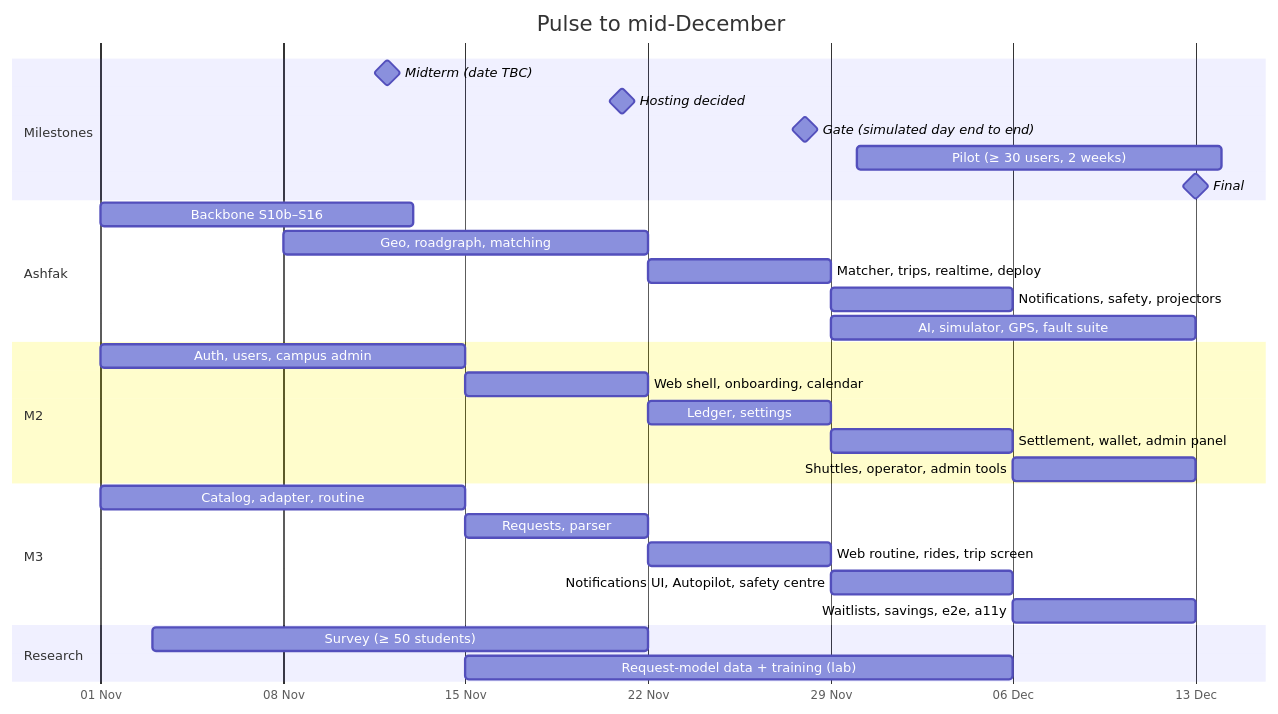
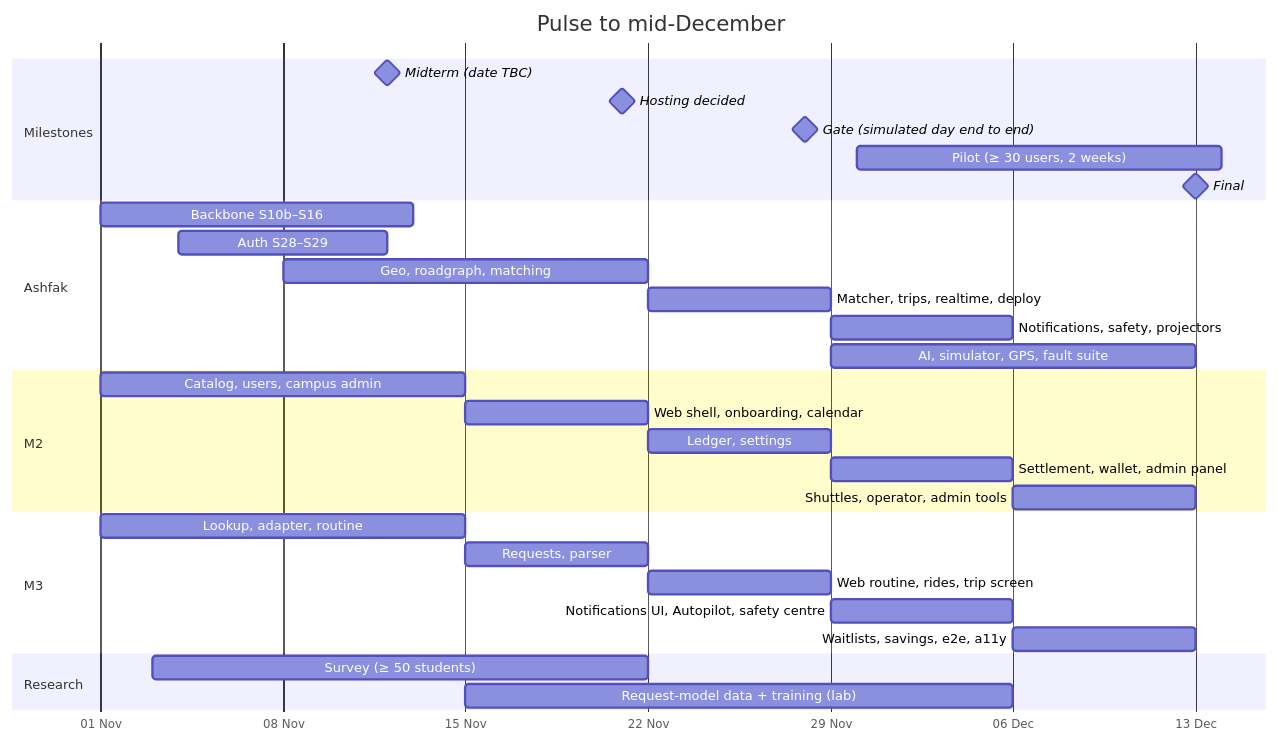
The diagram in docs/plan/12-roadmap.md (Ashfak-Hossain/pulse), drawn with Mermaid before and after one commit. The commit also changed other lines of this file and 10 other files, not shown here.

````diff
--- a/docs/plan/12-roadmap.md
+++ b/docs/plan/12-roadmap.md
@@ -18,33 +18,34 @@
 ```mermaid
 gantt
   title Pulse to mid-December
   dateFormat YYYY-MM-DD
   axisFormat %d %b
   section Milestones
   Midterm (date TBC)              :milestone, m1, 2026-11-12, 0d
   Hosting decided                 :milestone, m2, 2026-11-21, 0d
   Gate (simulated day end to end) :milestone, m3, 2026-11-28, 0d
   Pilot (≥ 30 users, 2 weeks)     :p1, 2026-11-30, 14d
   Final                           :milestone, m4, 2026-12-13, 0d
   section Ashfak
   Backbone S10b–S16               :a1, 2026-11-01, 12d
+  Auth S28–S29                    :a6, 2026-11-04, 8d
   Geo, roadgraph, matching        :a2, 2026-11-08, 14d
   Matcher, trips, realtime, deploy :a3, 2026-11-22, 7d
   Notifications, safety, projectors :a4, 2026-11-29, 7d
   AI, simulator, GPS, fault suite :a5, 2026-11-29, 14d
   section M2
-  Auth, users, campus admin       :b1, 2026-11-01, 14d
+  Catalog, users, campus admin    :b1, 2026-11-01, 14d
   Web shell, onboarding, calendar :b2, 2026-11-15, 7d
   Ledger, settings                :b3, 2026-11-22, 7d
   Settlement, wallet, admin panel :b4, 2026-11-29, 7d
   Shuttles, operator, admin tools :b5, 2026-12-06, 7d
   section M3
-  Catalog, adapter, routine       :c1, 2026-11-01, 14d
+  Lookup, adapter, routine        :c1, 2026-11-01, 14d
   Requests, parser                :c2, 2026-11-15, 7d
   Web routine, rides, trip screen :c3, 2026-11-22, 7d
   Notifications UI, Autopilot, safety centre :c4, 2026-11-29, 7d
   Waitlists, savings, e2e, a11y   :c5, 2026-12-06, 7d
   section Research
   Survey (≥ 50 students)          :r1, 2026-11-03, 19d
   Request-model data + training (lab) :r2, 2026-11-15, 21d
 ```
````
